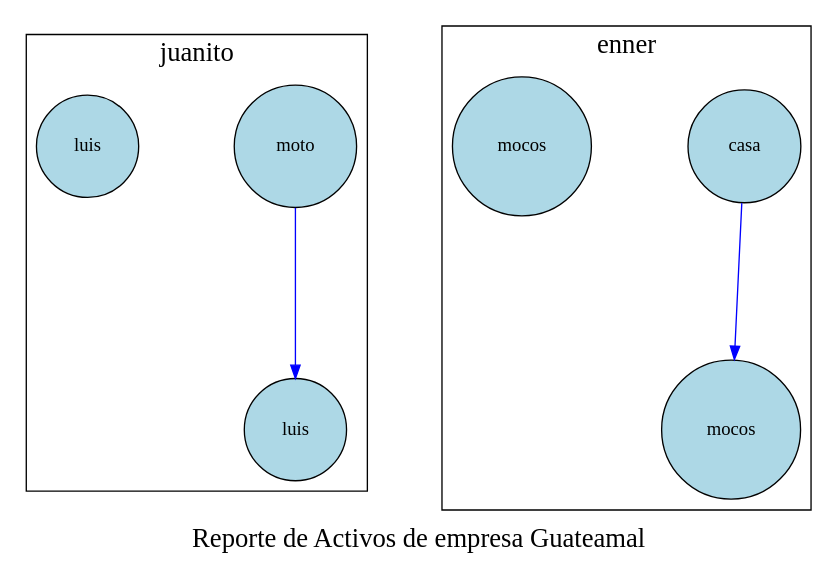
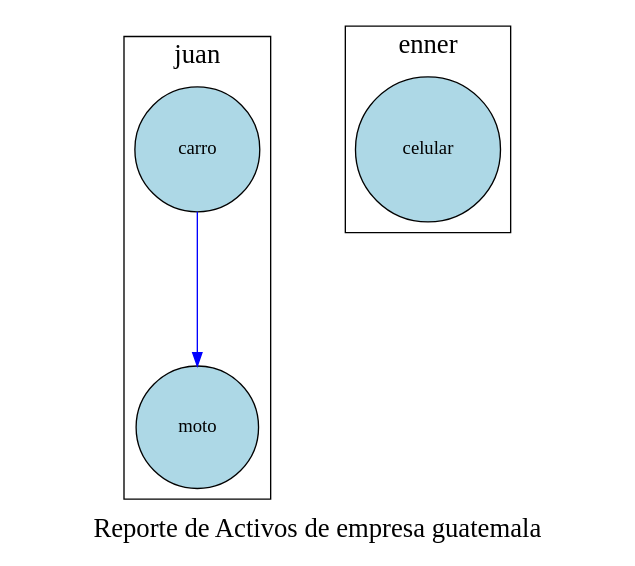
The diagram in Proyecto1/cmake-build-debug/reporteActivosDepartamento.dot (Ennero/EDD_Proyecto1_Vacas2_202302220), drawn with Graphviz before and after one commit. The commit also changed 25 other files, not shown here.

```diff
--- a/Proyecto1/cmake-build-debug/reporteActivosDepartamento.dot
+++ b/Proyecto1/cmake-build-debug/reporteActivosDepartamento.dot
@@ -1,21 +1,16 @@
 digraph G {
     node [shape=circle,style=filled, fillcolor=lightblue, margin=0.2];
     edge [style=solid, color=blue];
     graph [ranksep=1.5, nodesep=1];
-    graph [label="Reporte de Activos de empresa Guateamal ", fontsize=20, fontcolor=black];
-subgraph cluster_juanito {
-        label="juanito";
-    "4r1zxkf20x9j862" [label="moto"];
-    "4r1zxkf20x9j862" -> "luis";
-    "3ykmwz7v4u8gj61" [label="luis"];
+    graph [label="Reporte de Activos de empresa guatemala ", fontsize=20, fontcolor=black];
+subgraph cluster_juan {
+        label="juan";
+    "k68i3i60c69qiwk" [label="carro"];
+    "k68i3i60c69qiwk" -> "8r73529t2k2xcj0";
+    "8r73529t2k2xcj0" [label="moto"];
 }
 subgraph cluster_enner {
         label="enner";
-    "8fqxll53yh1he5g" [label="casa"];
-    "8fqxll53yh1he5g" -> "mocos";
-    "10nnmftylc3ocww" [label="mocos"];
-}
-subgraph cluster_alberto {
-        label="alberto";
+    "2ia8l7q6y679wn2" [label="celular"];
 }
 }
```
